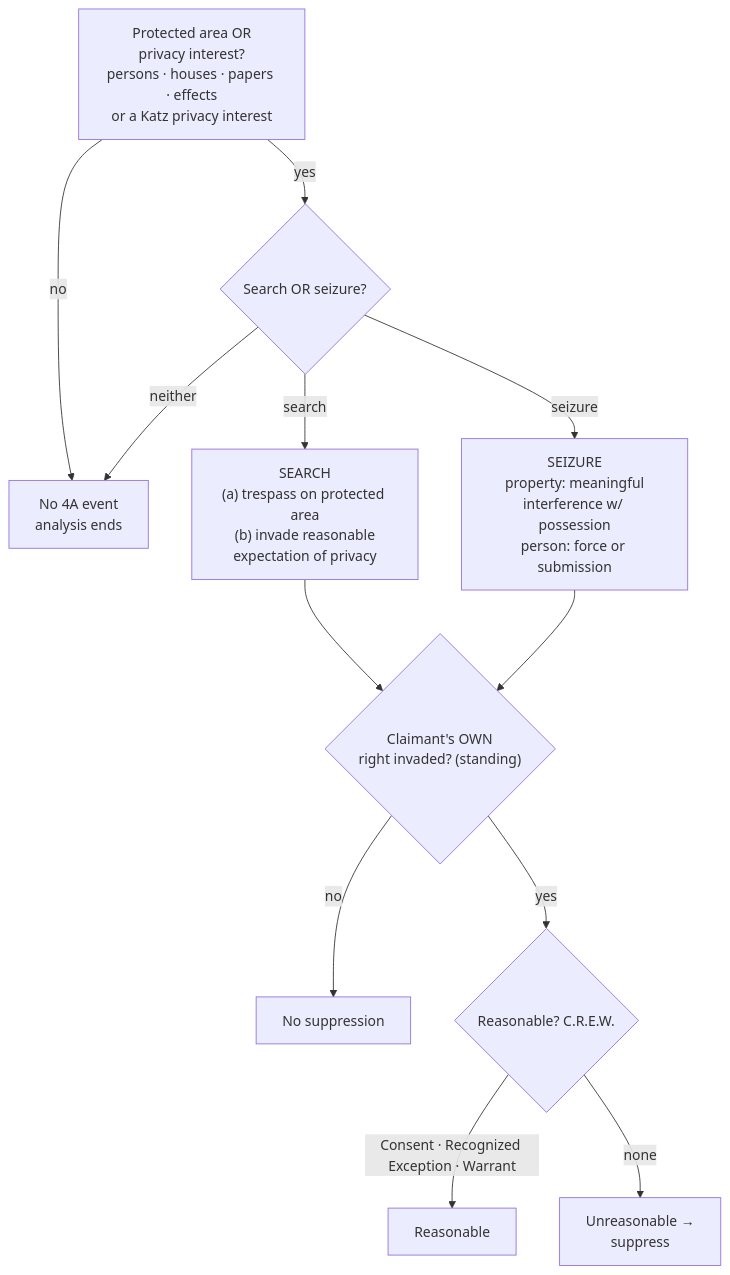
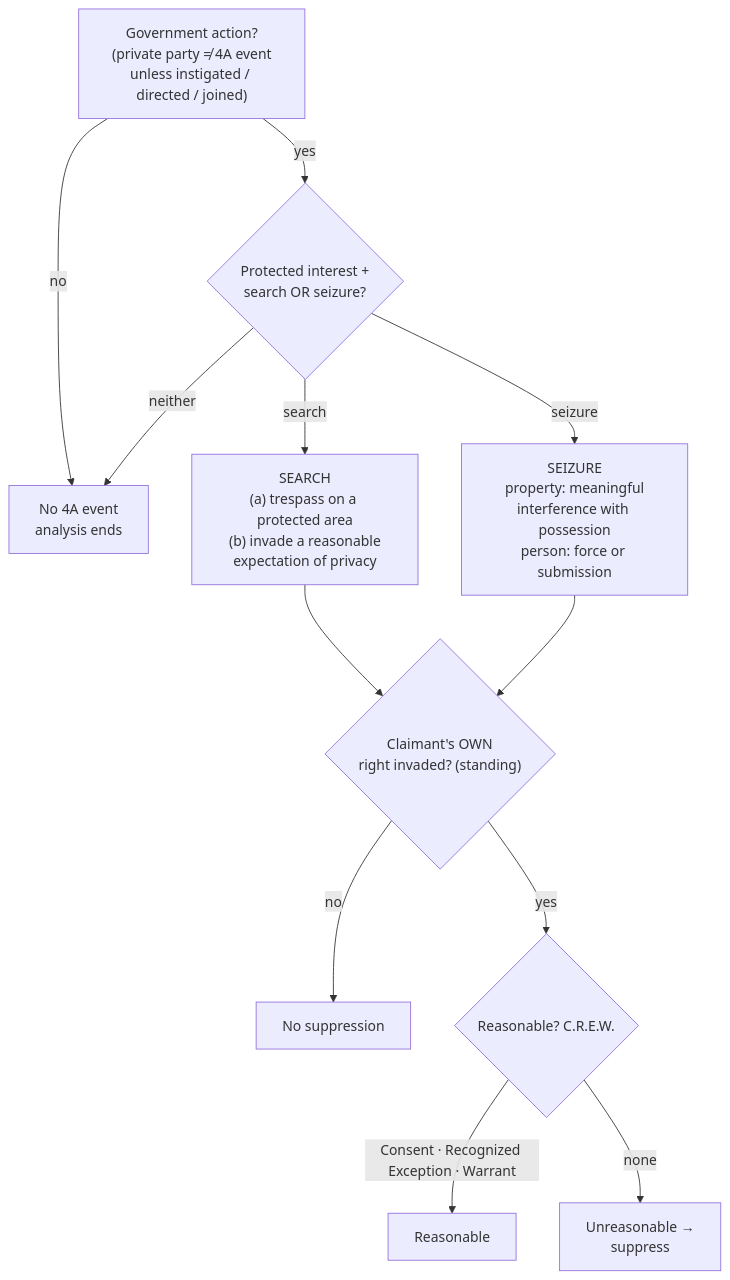
One commit to Enragedsaturday/enragedsaturday.github.io changed the diagram in content/foundations-and-the-fourth-amendment/Fourth Amendment Framework.md. Above: the diagram before and after it, drawn with Mermaid. The commit also changed other lines of this file and 12 other files, not shown here.

````diff
--- a/content/foundations-and-the-fourth-amendment/Fourth Amendment Framework.md
+++ b/content/foundations-and-the-fourth-amendment/Fourth Amendment Framework.md
@@ -65,14 +56,14 @@
 ```mermaid
 flowchart TD
-  A["Protected area OR<br/>privacy interest?<br/>persons · houses · papers · effects<br/>or a Katz privacy interest"] -->|no| NA["No 4A event<br/>analysis ends"]
-  A -->|yes| B{"Search OR seizure?"}
+  A["Government action?<br/>(private party ≠ 4A event<br/>unless instigated / directed / joined)"] -->|no| NA["No 4A event<br/>analysis ends"]
+  A -->|yes| B{"Protected interest +<br/>search OR seizure?"}
   B -->|neither| NA
-  B -->|search| S["SEARCH<br/>(a) trespass on protected area<br/>(b) invade reasonable<br/>expectation of privacy"]
-  B -->|seizure| Z["SEIZURE<br/>property: meaningful<br/>interference w/ possession<br/>person: force or submission"]
+  B -->|search| S["SEARCH<br/>(a) trespass on a protected area<br/>(b) invade a reasonable<br/>expectation of privacy"]
+  B -->|seizure| Z["SEIZURE<br/>property: meaningful<br/>interference with possession<br/>person: force or submission"]
   S --> ST{"Claimant's OWN<br/>right invaded? (standing)"}
   Z --> ST
   ST -->|no| NS["No suppression"]
   ST -->|yes| R{"Reasonable? C.R.E.W."}
   R -->|"Consent · Recognized Exception · Warrant"| OK["Reasonable"]
   R -->|none| BAD["Unreasonable →<br/>suppress"]
 ```
````
